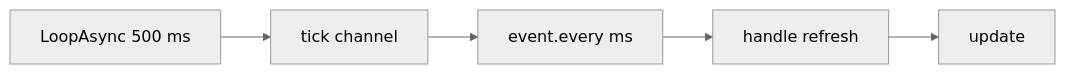
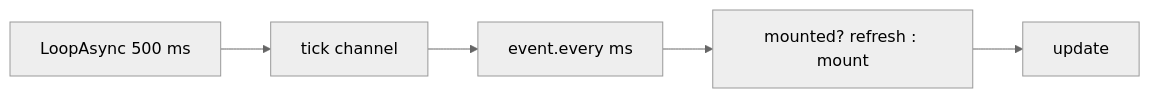
Before and after one commit to dr-mikan/PalForge: the sixth of 8 diagrams in docs/content/docs/api/ui.ja.mdx, drawn with Mermaid (neutral theme). The commit also changed other lines of this file and 190 other files, not shown here.

````diff
--- a/docs/content/docs/api/ui.ja.mdx
+++ b/docs/content/docs/api/ui.ja.mdx
@@ -356,7 +685,7 @@
 ```mermaid
 flowchart LR
   T["LoopAsync 500 ms"] --> C["tick channel"]
   C --> E["event.every ms"]
-  E --> R["handle refresh"]
+  E --> R["mounted? refresh : mount"]
   R --> U["update"]
 ```
````
